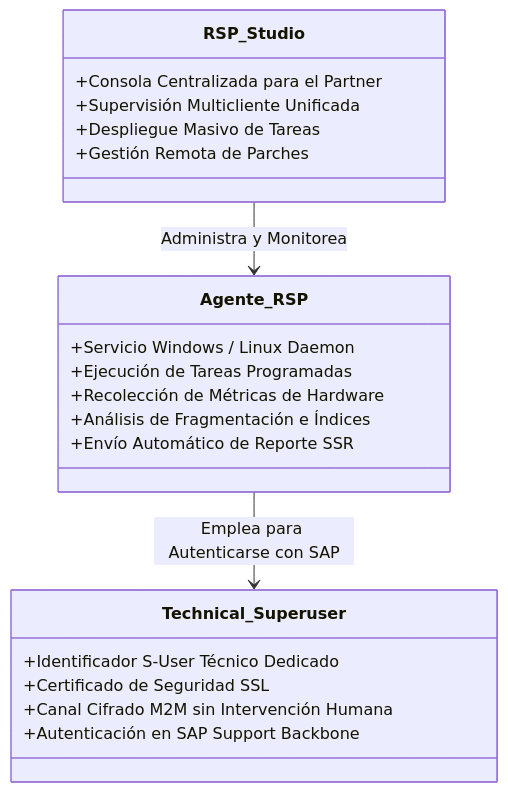
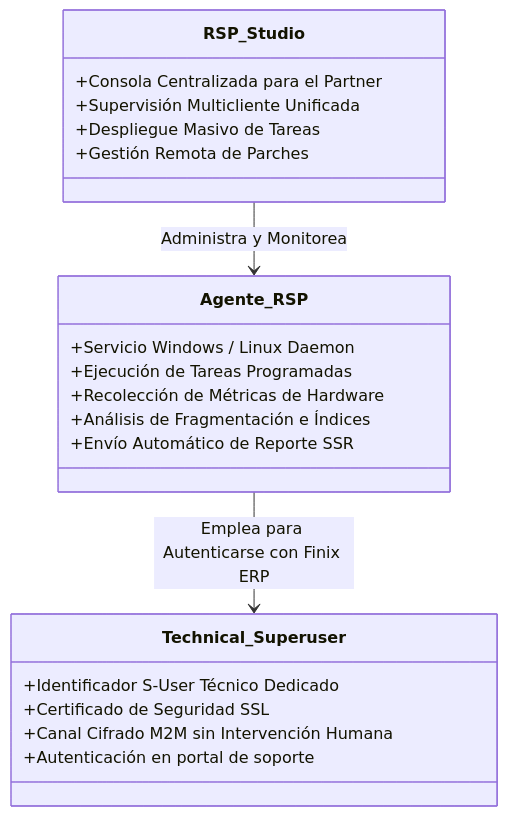
Before and after one commit to pablofgarciaf/B1-ACADEMY: the fourth of 11 diagrams in public/modulos/Modulo_09.md, drawn with Mermaid. The commit also changed other lines of this file and 4125 other files, not shown here.

````diff
--- a/public/modulos/Modulo_09.md
+++ b/public/modulos/Modulo_09.md
@@ -143,24 +143,24 @@
 ```mermaid
 classDiagram
     class Agente_RSP {
         +Servicio Windows / Linux Daemon
         +Ejecución de Tareas Programadas
         +Recolección de Métricas de Hardware
         +Análisis de Fragmentación e Índices
         +Envío Automático de Reporte SSR
     }
     class RSP_Studio {
         +Consola Centralizada para el Partner
         +Supervisión Multicliente Unificada
         +Despliegue Masivo de Tareas
         +Gestión Remota de Parches
     }
     class Technical_Superuser {
         +Identificador S-User Técnico Dedicado
         +Certificado de Seguridad SSL
         +Canal Cifrado M2M sin Intervención Humana
-        +Autenticación en SAP Support Backbone
+        +Autenticación en portal de soporte
     }
     RSP_Studio --> Agente_RSP : Administra y Monitorea
-    Agente_RSP --> Technical_Superuser : Emplea para Autenticarse con SAP
+    Agente_RSP --> Technical_Superuser : Emplea para Autenticarse con Finix ERP
 ```
````
